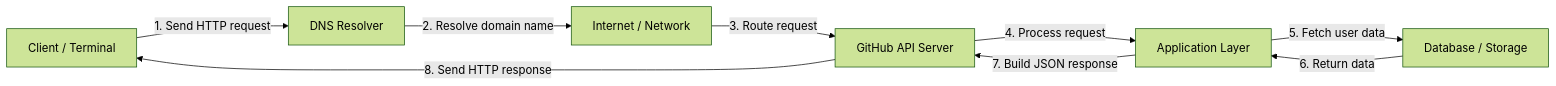
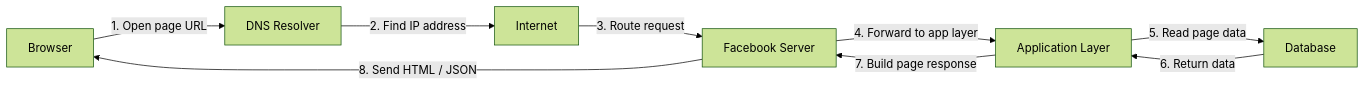
The diagram in README.md (ASaber33/web-request-diagram), drawn with Mermaid (forest theme) before and after one commit. The commit also changed other lines of this file, not shown here.

Commit message:
Finalize README for Facebook request flow

````diff
--- a/README.md
+++ b/README.md
@@ -15,11 +7,11 @@
 ```mermaid
 graph LR
-    A[Client / Terminal] -->|1. Send HTTP request| B[DNS Resolver]
-    B -->|2. Resolve domain name| C[Internet / Network]
-    C -->|3. Route request| D[GitHub API Server]
-    D -->|4. Process request| E[Application Layer]
-    E -->|5. Fetch user data| F[Database / Storage]
+    A[Browser] -->|1. Open page URL| B[DNS Resolver]
+    B -->|2. Find IP address| C[Internet]
+    C -->|3. Route request| D[Facebook Server]
+    D -->|4. Forward to app layer| E[Application Layer]
+    E -->|5. Read page data| F[Database]
     F -->|6. Return data| E
-    E -->|7. Build JSON response| D
-    D -->|8. Send HTTP response| A
+    E -->|7. Build page response| D
+    D -->|8. Send HTML / JSON| A
 ```
````
